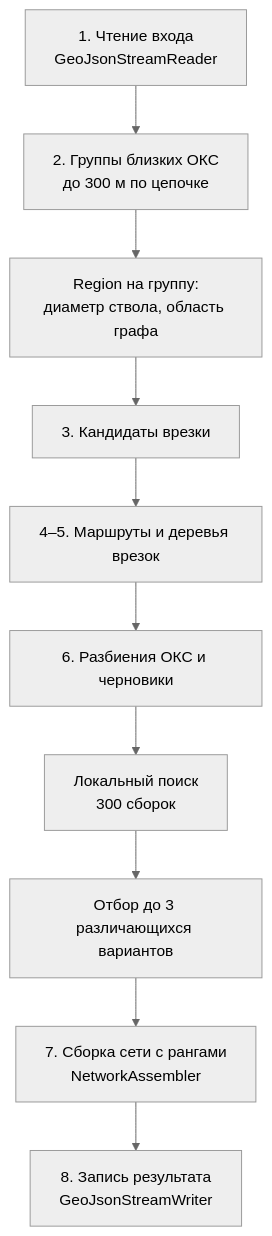
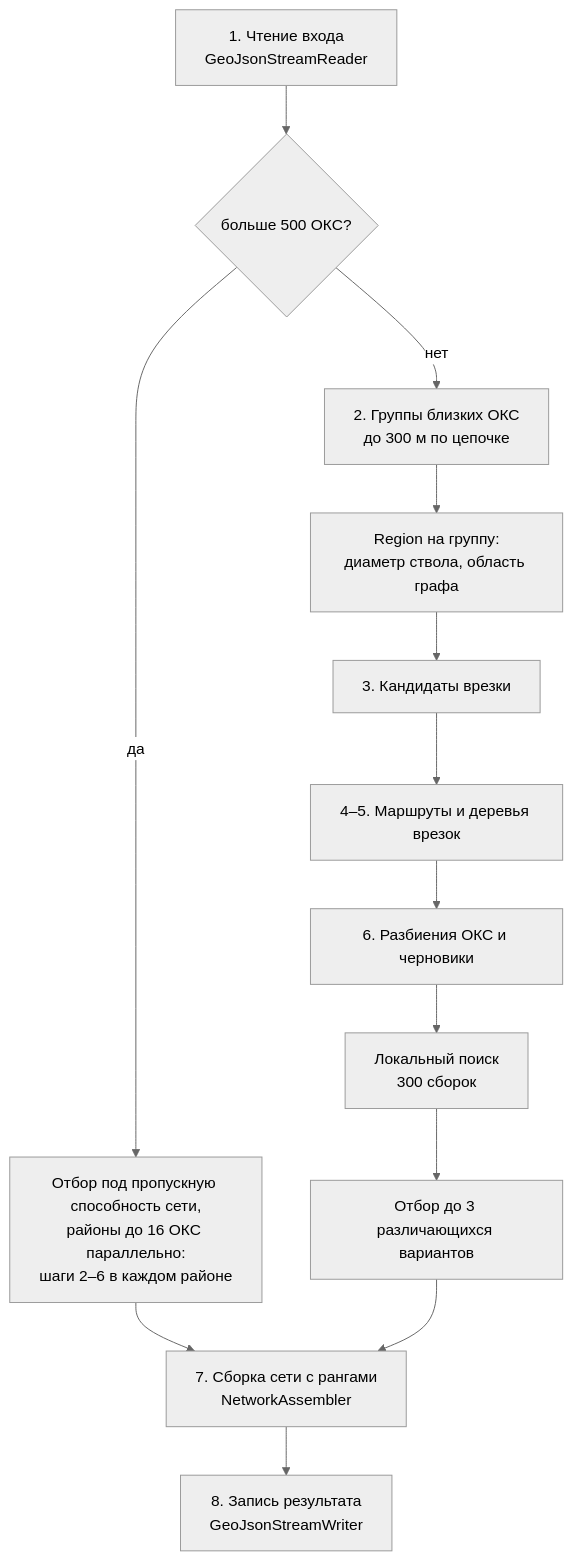
One commit to NewaccOOO/LCT changed the fourth of 6 diagrams in architecture/ARCHITECTURE.md. Above: the diagram before and after it, drawn with Mermaid (neutral theme). The commit also changed other lines of this file and 23 other files, not shown here.

````diff
--- a/architecture/ARCHITECTURE.md
+++ b/architecture/ARCHITECTURE.md
@@ -126,12 +127,15 @@
 ```mermaid
 flowchart TD
-    read[1. Чтение входа<br/>GeoJsonStreamReader] --> groups[2. Группы близких ОКС<br/>до 300 м по цепочке]
+    read[1. Чтение входа<br/>GeoJsonStreamReader] --> big{больше 500 ОКС?}
+    big -->|да| city[Отбор под пропускную способность сети,<br/>районы до 16 ОКС параллельно:<br/>шаги 2–6 в каждом районе]
+    city --> assemble
+    big -->|нет| groups[2. Группы близких ОКС<br/>до 300 м по цепочке]
     groups --> region[Region на группу:<br/>диаметр ствола, область графа]
     region --> ties[3. Кандидаты врезки]
     ties --> tree[4–5. Маршруты и деревья врезок]
     tree --> partitions[6. Разбиения ОКС и черновики]
     partitions --> search[Локальный поиск<br/>300 сборок]
     search --> pick[Отбор до 3 различающихся вариантов]
     pick --> assemble[7. Сборка сети с рангами<br/>NetworkAssembler]
     assemble --> write[8. Запись результата<br/>GeoJsonStreamWriter]
 ```
````
